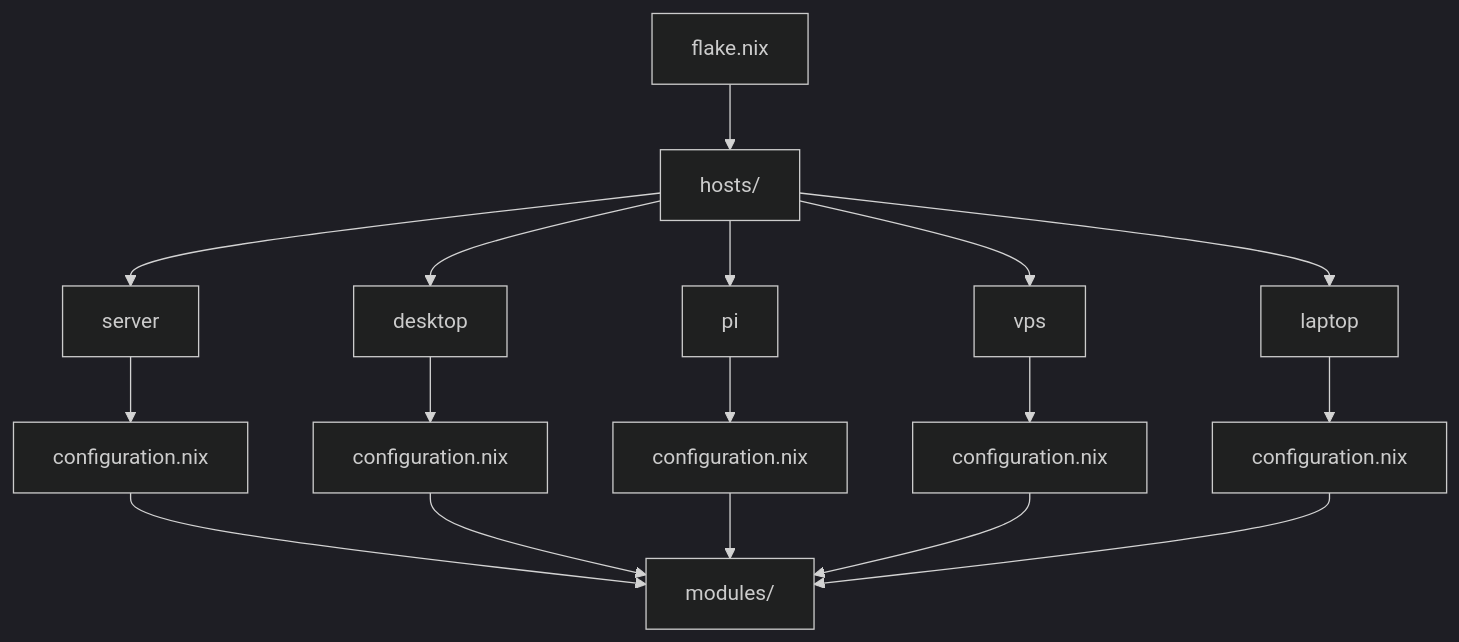
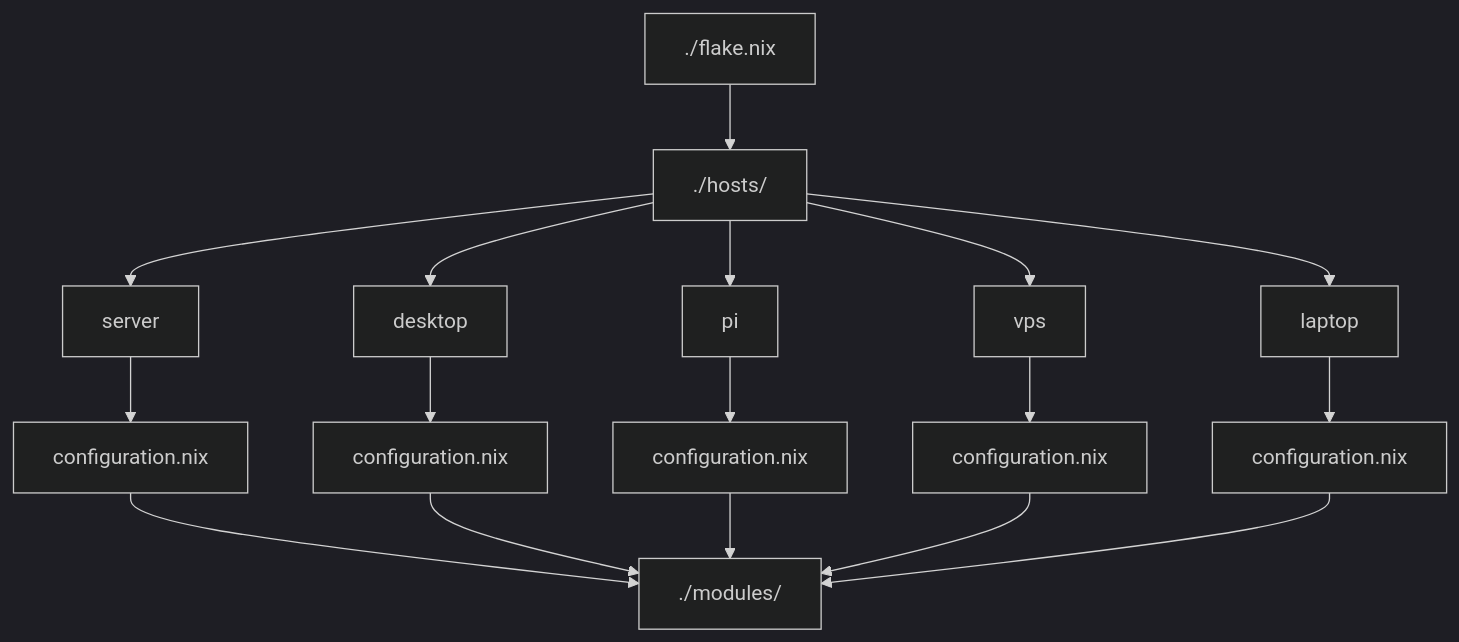
One commit to zzzealed/nix-config changed the diagram in README.md. Above: the diagram before and after it, drawn with Mermaid (dark theme). The commit also changed other lines of this file, not shown here.

````diff
--- a/README.md
+++ b/README.md
@@ -7,25 +7,25 @@
 ```mermaid
 flowchart TD
-    flake["flake.nix"]
+    flake["./flake.nix"]
 
-    flake --> hosts["hosts/"]
+    flake --> hosts["./hosts/"]
 
     hosts --> server["server"]
     hosts --> desktop["desktop"]
     hosts --> pi["pi"]
     hosts --> vps["vps"]
     hosts --> laptop["laptop"]
 
     server --> server_cfg["configuration.nix"]
     desktop --> desktop_cfg["configuration.nix"]
     pi --> pi_cfg["configuration.nix"]
     vps --> vps_cfg["configuration.nix"]
     laptop --> laptop_cfg["configuration.nix"]
 
-    server_cfg --> modules["modules/"]
+    server_cfg --> modules["./modules/"]
     desktop_cfg --> modules
     pi_cfg --> modules
     vps_cfg --> modules
     laptop_cfg --> modules
   
 ```
````
